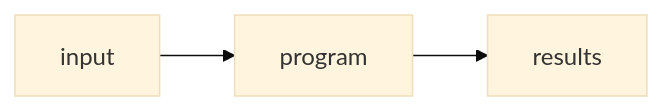
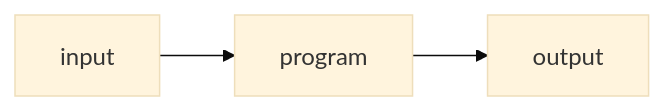
The first of 3 diagrams in _posts/2023-08-16-rivoluzione.md (nicoladerric/nicoladerric.github.io), drawn with Mermaid (base theme) before and after one commit. The commit also changed other lines of this file, not shown here.

````diff
--- a/_posts/2023-08-16-rivoluzione.md
+++ b/_posts/2023-08-16-rivoluzione.md
@@ -18,5 +18,5 @@
 ```mermaid
 graph LR;
     input --> program;
-    program --> results;
+    program --> output;
 ```
````
